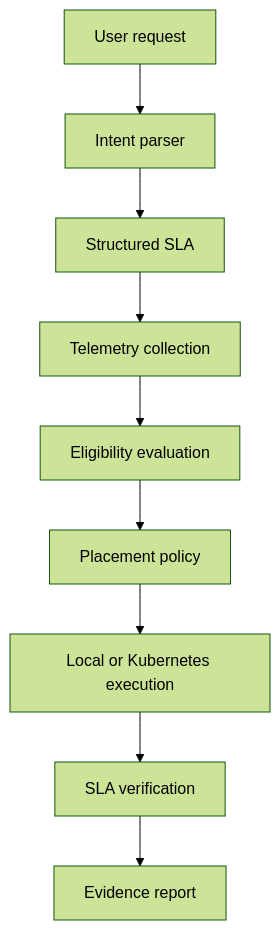
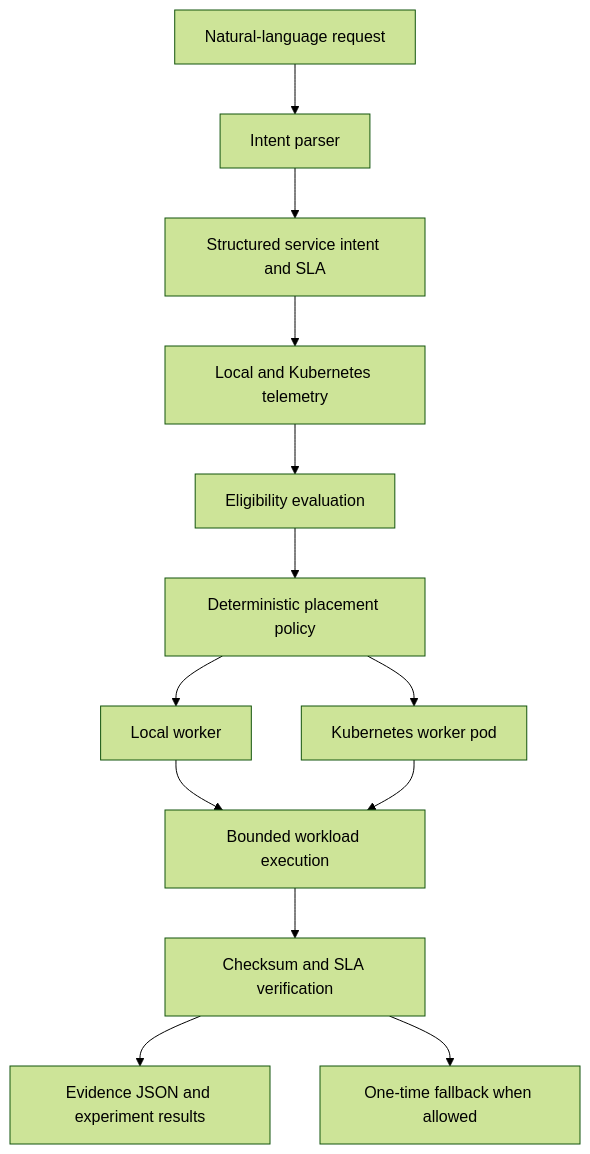
The diagram in README.md (Dionisis09/AION-6G), drawn with Mermaid (forest theme) before and after one commit. The commit also changed other lines of this file, not shown here.

````diff
--- a/README.md
+++ b/README.md
@@ -28,11 +64,18 @@
 ```mermaid
 flowchart TD
-    A[User request] --> B[Intent parser]
-    B --> C[Structured SLA]
-    C --> D[Telemetry collection]
+    A[Natural-language request] --> B[Intent parser]
+    B --> C[Structured service intent and SLA]
+    C --> D[Local and Kubernetes telemetry]
     D --> E[Eligibility evaluation]
-    E --> F[Placement policy]
-    F --> G[Local or Kubernetes execution]
-    G --> H[SLA verification]
-    H --> I[Evidence report]
+    E --> F[Deterministic placement policy]
+
+    F --> G1[Local worker]
+    F --> G2[Kubernetes worker pod]
+
+    G1 --> H[Bounded workload execution]
+    G2 --> H
+
+    H --> I[Checksum and SLA verification]
+    I --> J[Evidence JSON and experiment results]
+    I --> K[One-time fallback when allowed]
 ```
````
